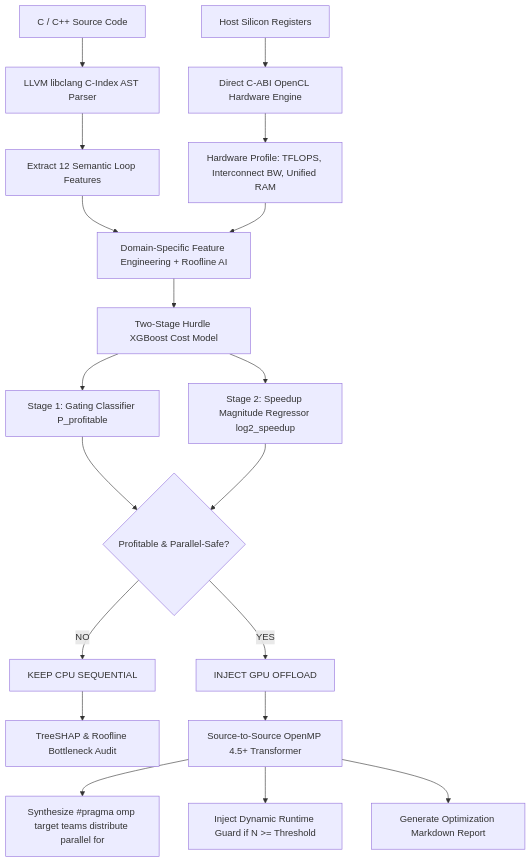
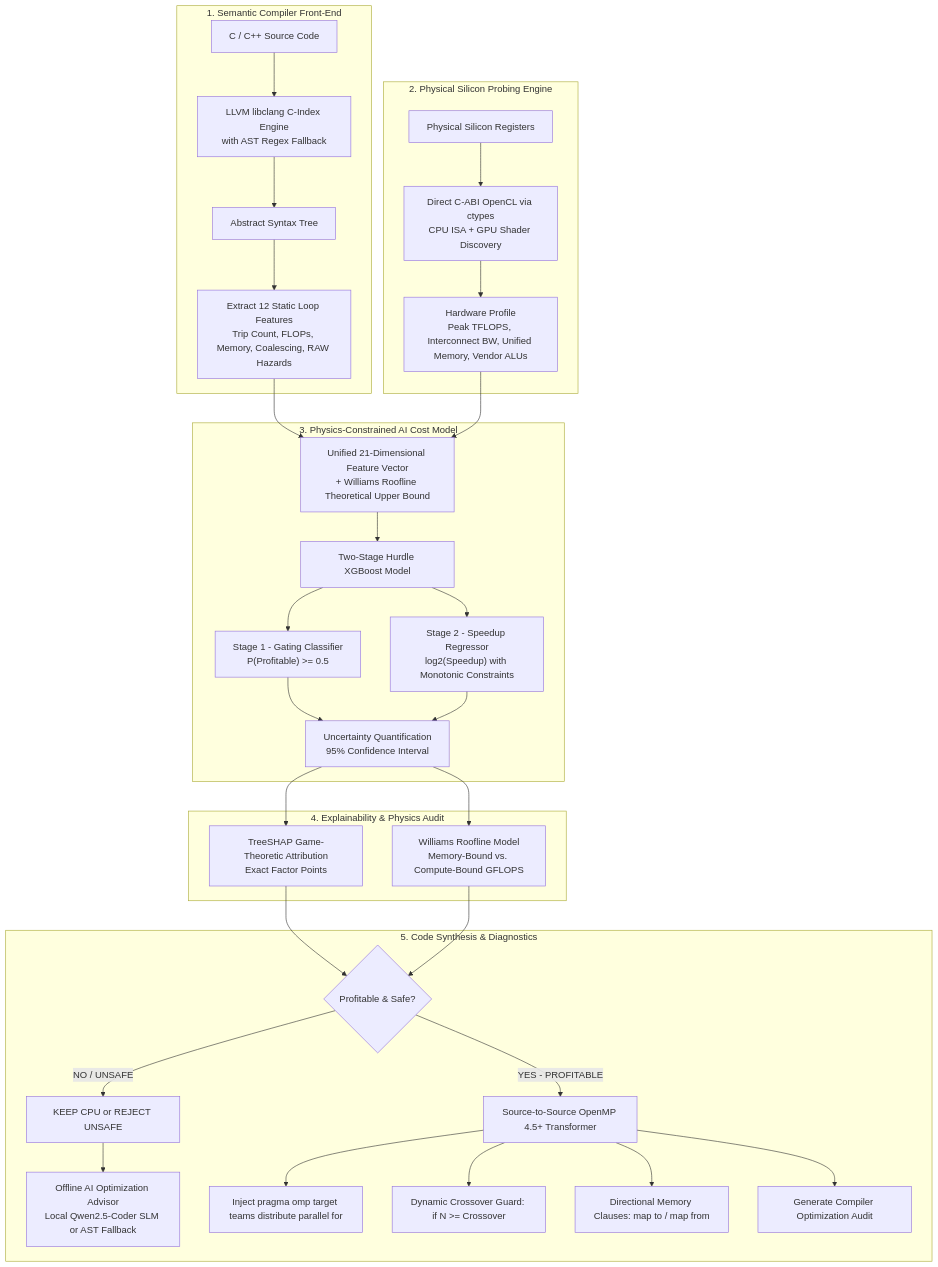
The first of 2 diagrams in README.md (wizardwithcodehazard/Cerberus), drawn with Mermaid before and after one commit. The commit also changed other lines of this file and 10 other files, not shown here.

````diff
--- a/README.md
+++ b/README.md
@@ -55,26 +61,41 @@
 ```mermaid
 flowchart TD
-    A[C / C++ Source Code] --> B[LLVM libclang C-Index AST Parser]
-    B --> C[Extract 12 Semantic Loop Features]
-    
-    H[Host Silicon Registers] --> D[Direct C-ABI OpenCL Hardware Engine]
-    D --> E[Hardware Profile: TFLOPS, Interconnect BW, Unified RAM]
-    
-    C --> F[Domain-Specific Feature Engineering + Roofline AI]
-    E --> F
-    
-    F --> G[Two-Stage Hurdle XGBoost Cost Model]
-    G --> G1[Stage 1: Gating Classifier P_profitable]
-    G --> G2[Stage 2: Speedup Magnitude Regressor log2_speedup]
-    
-    G1 & G2 --> I{Profitable & Parallel-Safe?}
-    
-    I -- NO --> J[KEEP CPU SEQUENTIAL]
-    J --> K[TreeSHAP & Roofline Bottleneck Audit]
-    
-    I -- YES --> L[INJECT GPU OFFLOAD]
-    L --> M[Source-to-Source OpenMP 4.5+ Transformer]
-    M --> N[Synthesize #pragma omp target teams distribute parallel for]
-    M --> O[Inject Dynamic Runtime Guard if N >= Threshold]
-    M --> P[Generate Optimization Markdown Report]
+    subgraph FrontEnd ["1. Semantic Compiler Front-End"]
+        SRC["C / C++ Source Code"] --> CLANG["LLVM libclang C-Index Engine\nwith AST Regex Fallback"]
+        CLANG --> AST["Abstract Syntax Tree"]
+        AST --> FEAT["Extract 12 Static Loop Features\nTrip Count, FLOPs, Memory, Coalescing, RAW Hazards"]
+    end
+
+    subgraph HardwareDiscovery ["2. Physical Silicon Probing Engine"]
+        REG["Physical Silicon Registers"] --> OPENCL["Direct C-ABI OpenCL via ctypes\nCPU ISA + GPU Shader Discovery"]
+        OPENCL --> HW["Hardware Profile\nPeak TFLOPS, Interconnect BW, Unified Memory, Vendor ALUs"]
+    end
+
+    FEAT --> UNIFIED["Unified 21-Dimensional Feature Vector\n+ Williams Roofline Theoretical Upper Bound"]
+    HW --> UNIFIED
+
+    subgraph MLEngine ["3. Physics-Constrained AI Cost Model"]
+        UNIFIED --> HURDLE["Two-Stage Hurdle XGBoost Model"]
+        HURDLE --> STAGE1["Stage 1 - Gating Classifier\nP(Profitable) >= 0.5"]
+        HURDLE --> STAGE2["Stage 2 - Speedup Regressor\nlog2(Speedup) with Monotonic Constraints"]
+        STAGE1 --> UQ["Uncertainty Quantification\n95% Confidence Interval"]
+        STAGE2 --> UQ
+    end
+
+    subgraph Explainability ["4. Explainability & Physics Audit"]
+        UQ --> SHAP["TreeSHAP Game-Theoretic Attribution\nExact Factor Points"]
+        UQ --> ROOF["Williams Roofline Model\nMemory-Bound vs. Compute-Bound GFLOPS"]
+    end
+
+    subgraph Synthesis ["5. Code Synthesis & Diagnostics"]
+        SHAP --> DECISION{"Profitable & Safe?"}
+        ROOF --> DECISION
+        DECISION -- "NO / UNSAFE" --> CPU["KEEP CPU or REJECT UNSAFE"]
+        CPU --> ADVISOR["Offline AI Optimization Advisor\nLocal Qwen2.5-Coder SLM or AST Fallback"]
+        DECISION -- "YES - PROFITABLE" --> REWRITER["Source-to-Source OpenMP 4.5+ Transformer"]
+        REWRITER --> PRAGMA["Inject pragma omp target teams distribute parallel for"]
+        REWRITER --> DYN["Dynamic Crossover Guard: if N >= Crossover"]
+        REWRITER --> MAP["Directional Memory Clauses: map to / map from"]
+        REWRITER --> REPORT["Generate Compiler Optimization Audit"]
+    end
 ```
````
